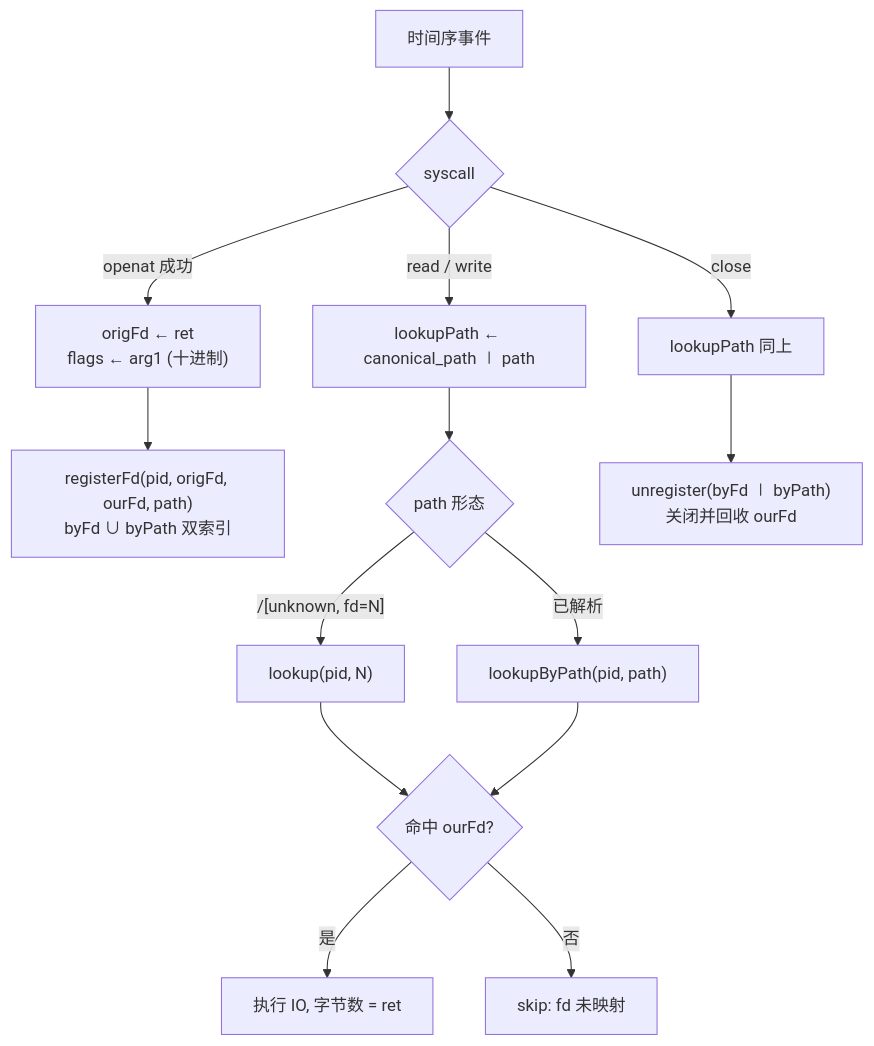
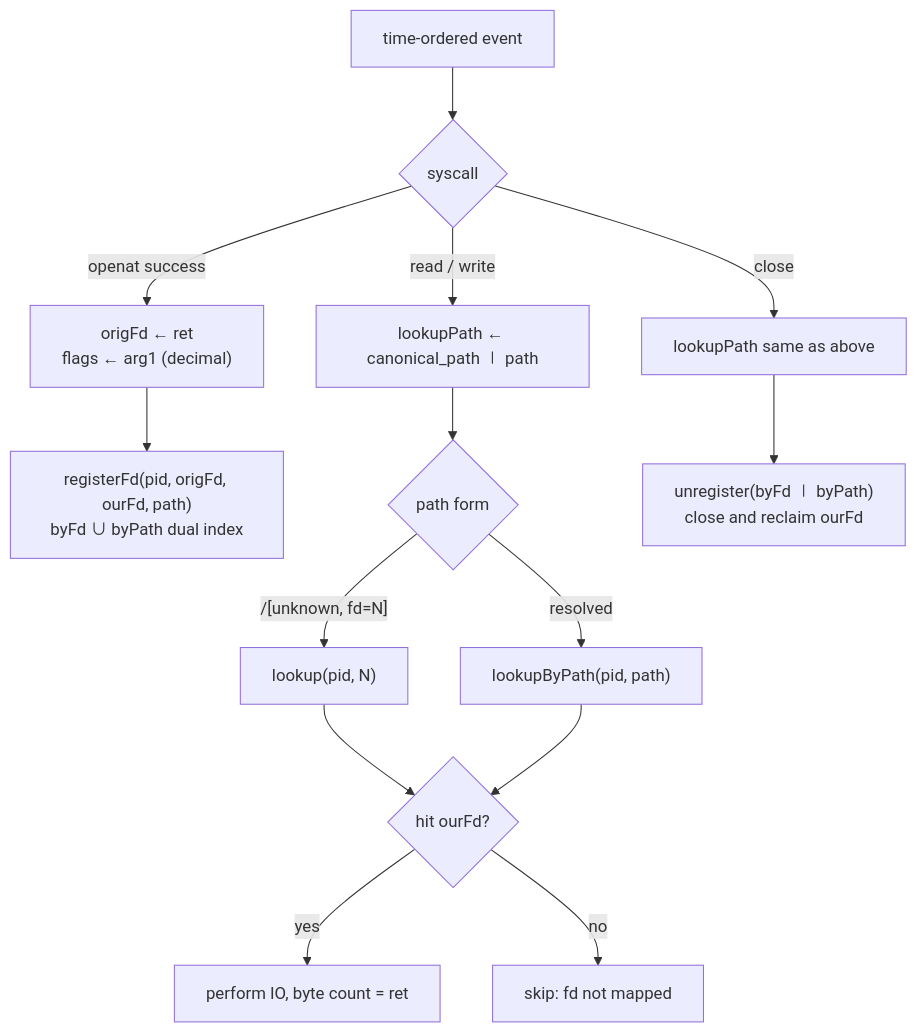
The second of 2 diagrams in docs/PROJECT_OVERVIEW.md (g122622/leofs-replay), drawn with Mermaid before and after one commit. The commit also changed other lines of this file and 35 other files, not shown here.

````diff
--- a/docs/PROJECT_OVERVIEW.md
+++ b/docs/PROJECT_OVERVIEW.md
@@ -97,16 +97,16 @@
 ```mermaid
 flowchart TD
-    EV["时间序事件"] --> C{syscall}
-    C -->|openat 成功| O["origFd ← ret<br/>flags ← arg1 (十进制)"]
-    O --> RG["registerFd(pid, origFd, ourFd, path)<br/>byFd ∪ byPath 双索引"]
+    EV["time-ordered event"] --> C{syscall}
+    C -->|openat success| O["origFd ← ret<br/>flags ← arg1 (decimal)"]
+    O --> RG["registerFd(pid, origFd, ourFd, path)<br/>byFd ∪ byPath dual index"]
     C -->|read / write| I["lookupPath ← canonical_path ∣ path"]
-    I --> K{path 形态}
+    I --> K{path form}
     K -->|"/[unknown, fd=N]"| L1["lookup(pid, N)"]
-    K -->|已解析| L2["lookupByPath(pid, path)"]
-    L1 --> H{命中 ourFd?}
+    K -->|resolved| L2["lookupByPath(pid, path)"]
+    L1 --> H{hit ourFd?}
     L2 --> H
-    H -->|是| IO["执行 IO, 字节数 = ret"]
-    H -->|否| SK["skip: fd 未映射"]
-    C -->|close| CL["lookupPath 同上"]
-    CL --> U["unregister(byFd ∣ byPath)<br/>关闭并回收 ourFd"]
+    H -->|yes| IO["perform IO, byte count = ret"]
+    H -->|no| SK["skip: fd not mapped"]
+    C -->|close| CL["lookupPath same as above"]
+    CL --> U["unregister(byFd ∣ byPath)<br/>close and reclaim ourFd"]
 ```
````
